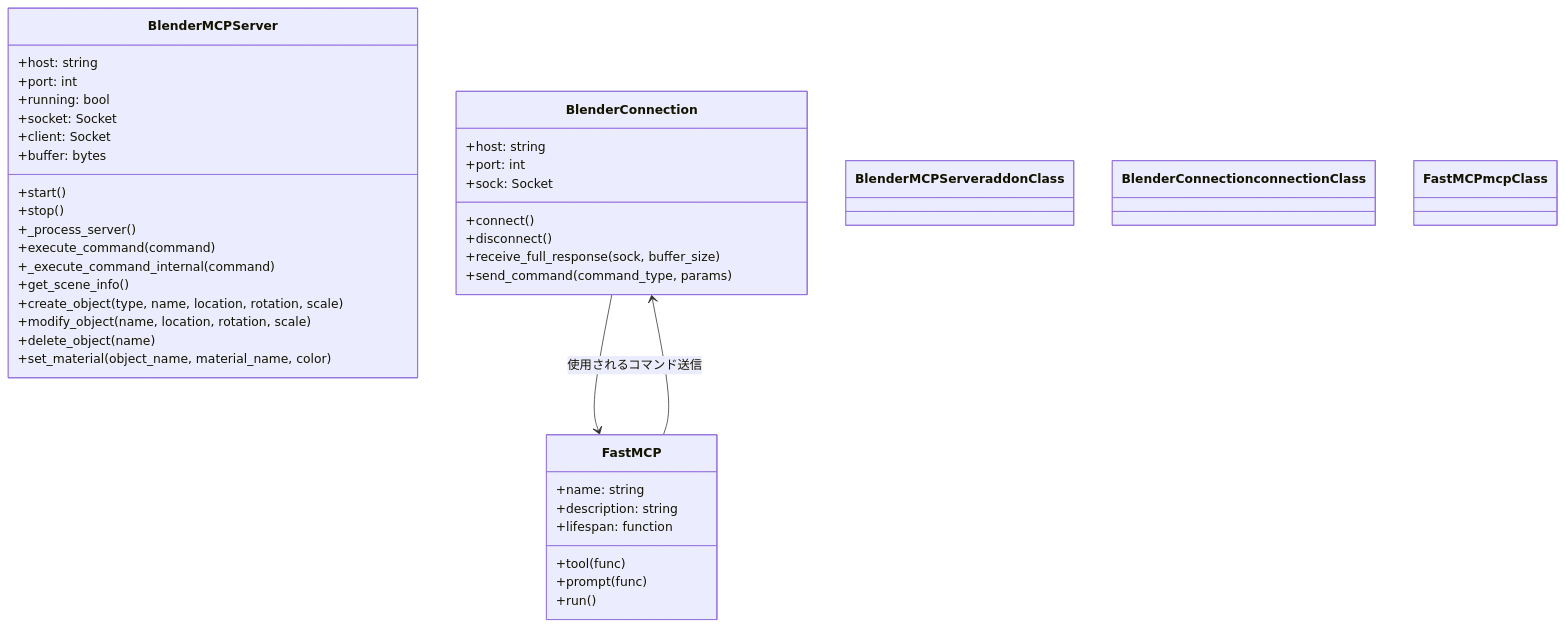
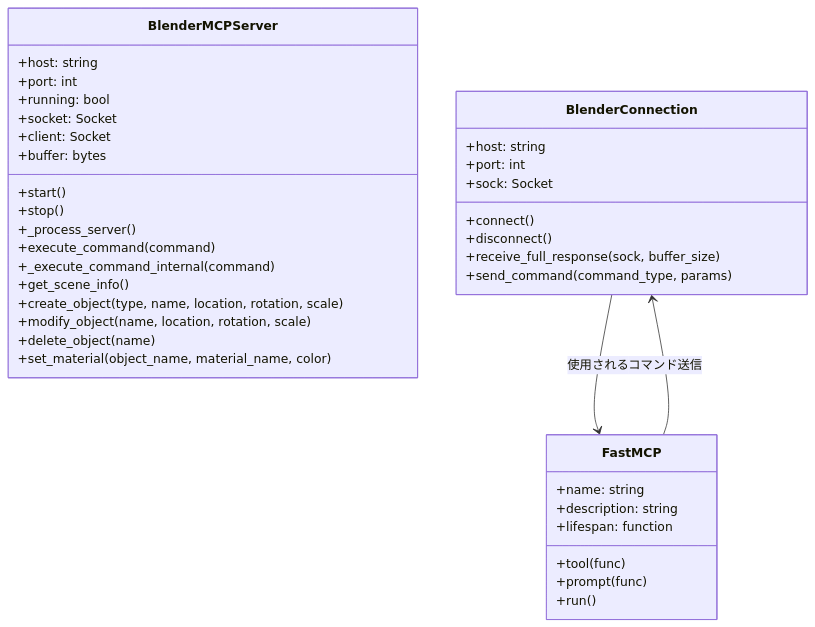
The second of 2 diagrams in blender-mcp-analysis-with-uml.md (YUiCHI-Ai/blender-mcp_Analysis), drawn with Mermaid before and after one commit. The commit also changed other lines of this file, not shown here.

Commit message:
分析中

````diff
--- a/blender-mcp-analysis-with-uml.md
+++ b/blender-mcp-analysis-with-uml.md
@@ -58,54 +57,48 @@
 ```mermaid
 classDiagram
-    %% クラスのスタイル定義
-    classDef addonClass fill:#ffcdb2,stroke:#ffb4a2,color:#333
-    classDef connectionClass fill:#b5ead7,stroke:#78c6a3,color:#333
-    classDef mcpClass fill:#c7ceea,stroke:#9face6,color:#333
-
     class BlenderMCPServer {
         +host: string
         +port: int
         +running: bool
         +socket: Socket
         +client: Socket
         +buffer: bytes
         +start()
         +stop()
         +_process_server()
         +execute_command(command)
         +_execute_command_internal(command)
         +get_scene_info()
         +create_object(type, name, location, rotation, scale)
         +modify_object(name, location, rotation, scale)
         +delete_object(name)
         +set_material(object_name, material_name, color)
     }
     
     class BlenderConnection {
         +host: string
         +port: int
         +sock: Socket
         +connect()
         +disconnect()
         +receive_full_response(sock, buffer_size)
         +send_command(command_type, params)
     }
     
     class FastMCP {
         +name: string
         +description: string
         +lifespan: function
         +tool(func)
         +prompt(func)
         +run()
     }
     
-    %% 関係の色付け
     BlenderConnection --> FastMCP : 使用される
     FastMCP --> BlenderConnection : コマンド送信
     
-    %% クラスへのスタイル適用
-    class BlenderMCPServer addonClass
-    class BlenderConnection connectionClass
-    class FastMCP mcpClass
+    %% スタイル設定（注釈として残す）
+    %% BlenderMCPServer: Blenderアドオン側のクラス
+    %% BlenderConnection: 接続管理クラス
+    %% FastMCP: MCPサーバークラス
 ```
````
